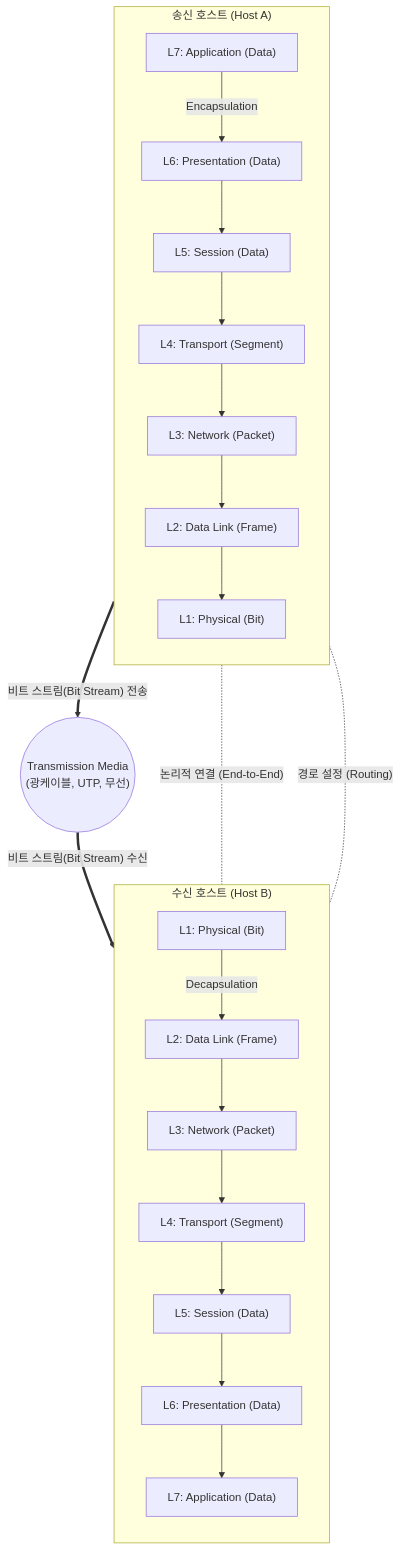
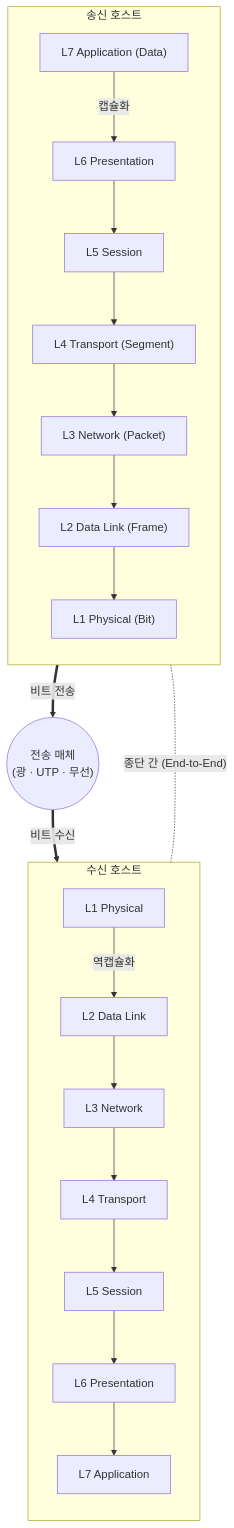
One commit to supremethumb/supremethumb.github.io changed the diagram in content/01_IT Tech/OSI 7 Layer.md. Above: the diagram before and after it, drawn with Mermaid. The commit also changed other lines of this file and 1087 other files, not shown here.

````diff
--- a/content/01_IT Tech/OSI 7 Layer.md
+++ b/content/01_IT Tech/OSI 7 Layer.md
@@ -36,39 +36,14 @@
 ```mermaid
 flowchart TD
-    subgraph Host_A ["송신 호스트 (Host A)"]
+    subgraph A["송신 호스트"]
         direction TB
-        A7["L7: Application (Data)"]
-        A6["L6: Presentation (Data)"]
-        A5["L5: Session (Data)"]
-        A4["L4: Transport (Segment)"]
-        A3["L3: Network (Packet)"]
-        A2["L2: Data Link (Frame)"]
-        A1["L1: Physical (Bit)"]
-        
-        A7 -->|Encapsulation| A6
-        A6 --> A5 --> A4 --> A3 --> A2 --> A1
+        A7["L7 Application (Data)"] -- "캡슐화" --> A6["L6 Presentation"] --> A5["L5 Session"] --> A4["L4 Transport (Segment)"] --> A3["L3 Network (Packet)"] --> A2["L2 Data Link (Frame)"] --> A1["L1 Physical (Bit)"]
     end
-
-    subgraph Host_B ["수신 호스트 (Host B)"]
+    subgraph B["수신 호스트"]
         direction TB
-        B7["L7: Application (Data)"]
-        B6["L6: Presentation (Data)"]
-        B5["L5: Session (Data)"]
-        B4["L4: Transport (Segment)"]
-        B3["L3: Network (Packet)"]
-        B2["L2: Data Link (Frame)"]
-        B1["L1: Physical (Bit)"]
-        
-        B1 -->|Decapsulation| B2
-        B2 --> B3 --> B4 --> B5 --> B6 --> B7
+        B1["L1 Physical"] -- "역캡슐화" --> B2["L2 Data Link"] --> B3["L3 Network"] --> B4["L4 Transport"] --> B5["L5 Session"] --> B6["L6 Presentation"] --> B7["L7 Application"]
     end
-
-    Media(("Transmission Media<br/>(광케이블, UTP, 무선)"))
-
-    A1 == "비트 스트림(Bit Stream) 전송" ==> Media
-    Media == "비트 스트림(Bit Stream) 수신" ==> B1
-    
-    A4 -. "논리적 연결 (End-to-End)" .- B4
-    A3 -. "경로 설정 (Routing)" .- B3
-
+    M(("전송 매체<br/>(광 · UTP · 무선)"))
+    A1 == "비트 전송" ==> M == "비트 수신" ==> B1
+    A4 -. "종단 간 (End-to-End)" .- B4
 ```
````
